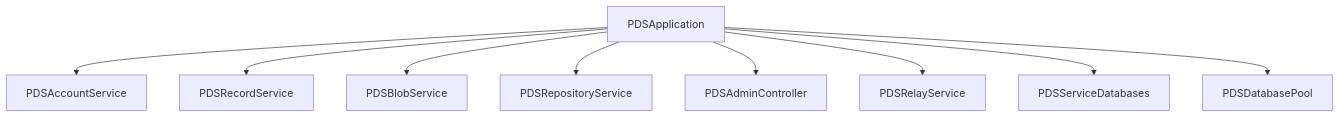
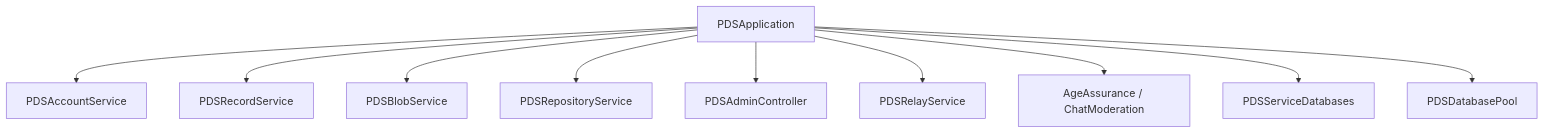
One commit to jvalinsky/garazyk changed the diagram in docs/03-application-layer/pds-application.md. Above: the diagram before and after it, drawn with Mermaid. The commit also changed 22 other files, not shown here.

````diff
--- a/docs/03-application-layer/pds-application.md
+++ b/docs/03-application-layer/pds-application.md
@@ -19,11 +19,12 @@
 ```mermaid
 flowchart TD
     app["PDSApplication"] --> account["PDSAccountService"]
     app --> record["PDSRecordService"]
     app --> blob["PDSBlobService"]
     app --> repository["PDSRepositoryService"]
     app --> admin["PDSAdminController"]
     app --> relay["PDSRelayService"]
+    app --> safety["AgeAssurance / ChatModeration"]
     app --> serviceDb["PDSServiceDatabases"]
     app --> userDb["PDSDatabasePool"]
 ```
````
